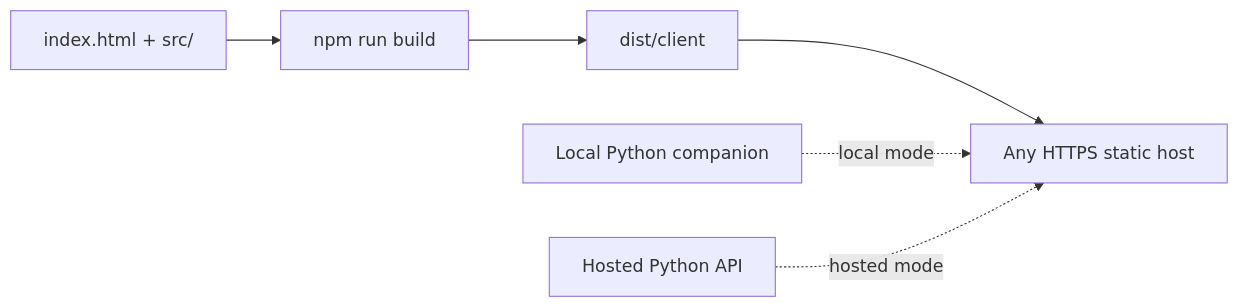
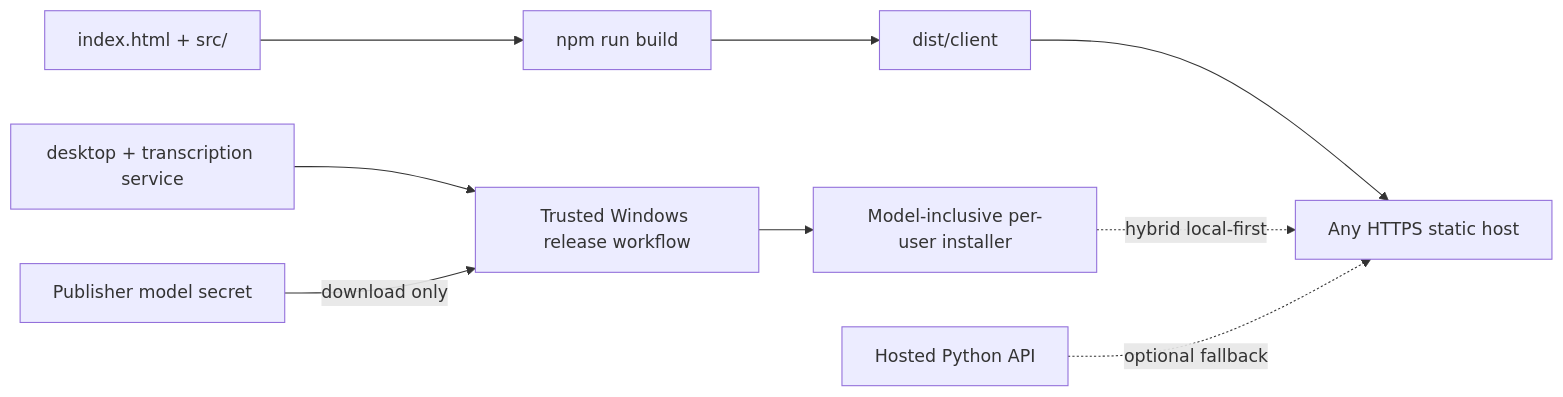
The second of 2 diagrams in docs/ARCHITECTURE.md (sumarahmed/AINotesBuddy), drawn with Mermaid before and after one commit. The commit also changed other lines of this file and 37 other files, not shown here.

First line of the commit message:
Add Windows desktop transcription companion (#1)

````diff
--- a/docs/ARCHITECTURE.md
+++ b/docs/ARCHITECTURE.md
@@ -264,8 +276,11 @@
 ```mermaid
 flowchart LR
     Source["index.html + src/"] --> Build["npm run build"]
     Build --> Client["dist/client"]
     Client --> StaticHost["Any HTTPS static host"]
-    Local["Local Python companion"] -. "local mode" .-> StaticHost
-    Hosted["Hosted Python API"] -. "hosted mode" .-> StaticHost
+    DesktopSource["desktop + transcription service"] --> WindowsBuild["Trusted Windows release workflow"]
+    PublisherToken["Publisher model secret"] -->|"download only"| WindowsBuild
+    WindowsBuild --> Installer["Model-inclusive per-user installer"]
+    Installer -. "hybrid local-first" .-> StaticHost
+    Hosted["Hosted Python API"] -. "optional fallback" .-> StaticHost
 ```
````
